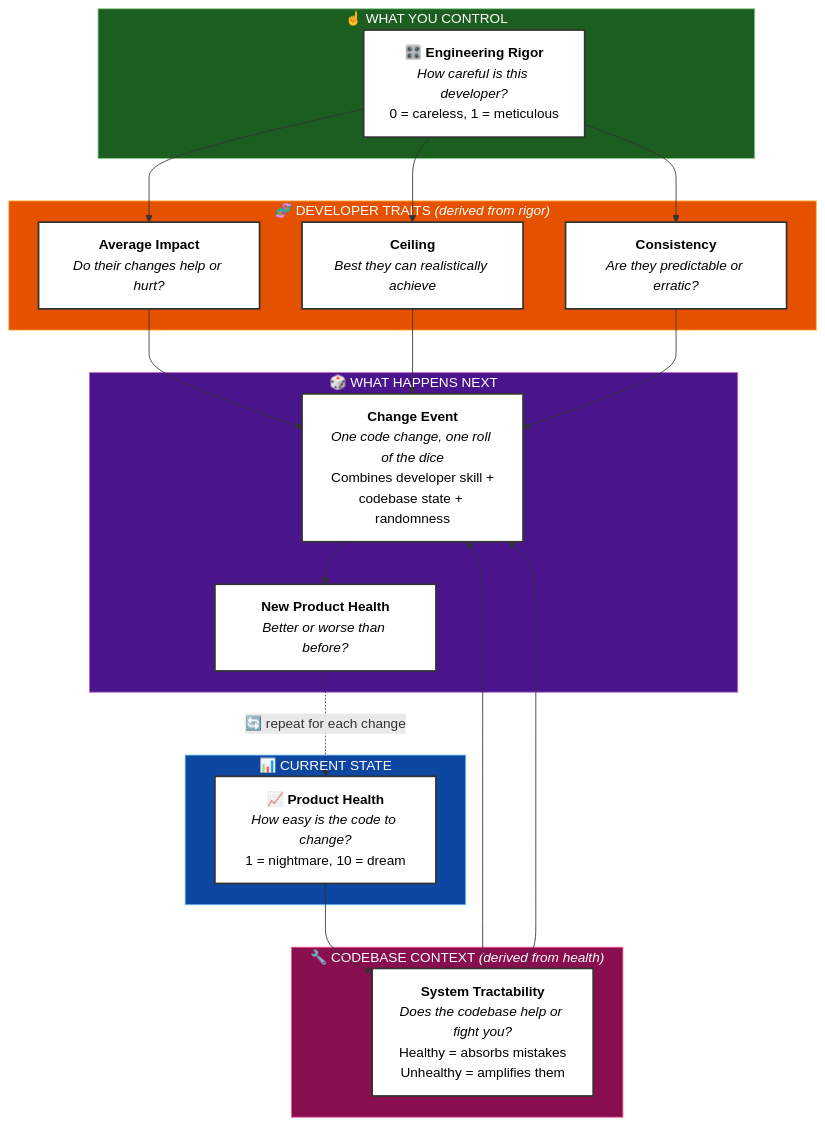
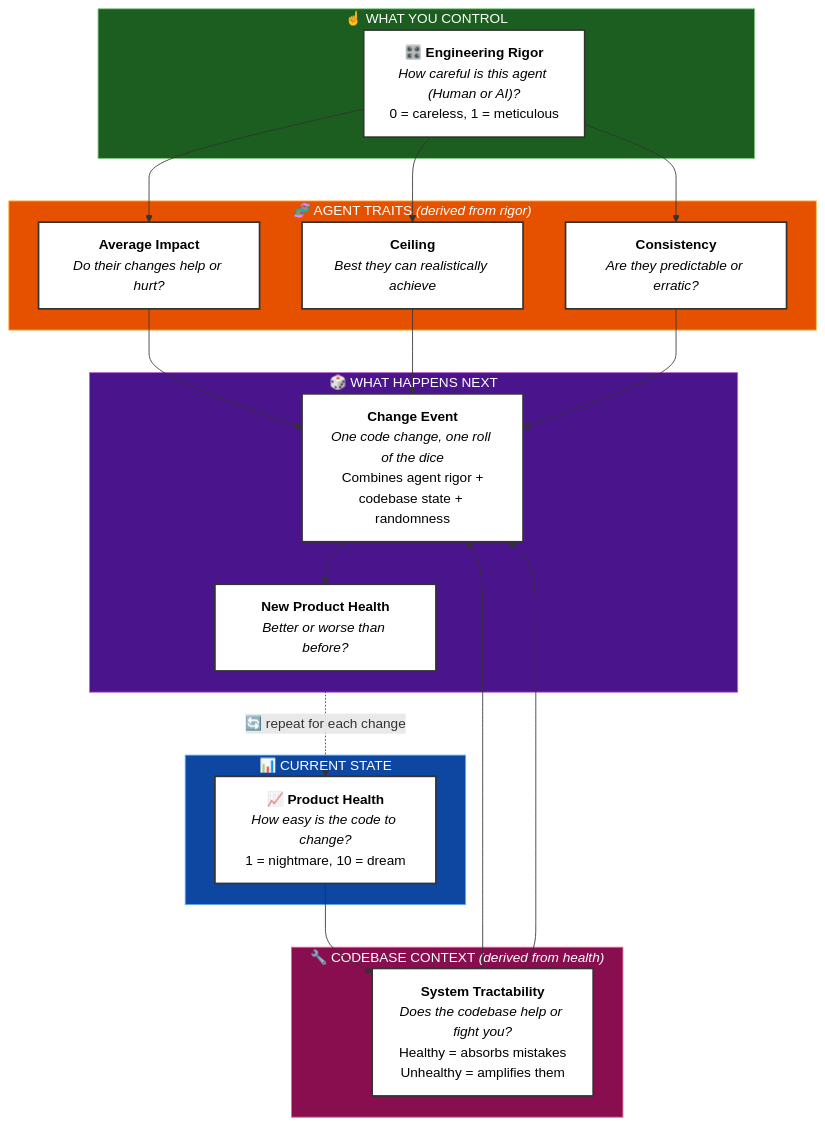
Before and after one commit to dawid-dahl-umain/product-health-dynamics: the diagram in README.md, drawn with Mermaid.

Commit message:
docs: update README to clarify terminology, changing "developer" to "agent" for consistency in describing human and AI roles

````diff
--- a/README.md
+++ b/README.md
@@ -64,43 +64,43 @@
 ```mermaid
 flowchart TD
     subgraph inputs [" ☝️ WHAT YOU CONTROL"]
-        ER["🎛️ <b>Engineering Rigor</b><br/><i>How careful is this developer?</i><br/>0 = careless, 1 = meticulous"]
+        ER["🎛️ <b>Engineering Rigor</b><br/><i>How careful is this agent (Human or AI)?</i><br/>0 = careless, 1 = meticulous"]
     end
 
     subgraph state [" 📊 CURRENT STATE"]
         PH["📈 <b>Product Health</b><br/><i>How easy is the code to change?</i><br/>1 = nightmare, 10 = dream"]
     end
 
-    subgraph traits [" 🧬 DEVELOPER TRAITS <i>(derived from rigor)</i>"]
+    subgraph traits [" 🧬 AGENT TRAITS <i>(derived from rigor)</i>"]
         BI["<b>Average Impact</b><br/><i>Do their changes help or hurt?</i>"]
         BS["<b>Consistency</b><br/><i>Are they predictable or erratic?</i>"]
         MH["<b>Ceiling</b><br/><i>Best they can realistically achieve</i>"]
     end
 
     subgraph context [" 🔧 CODEBASE CONTEXT <i>(derived from health)</i>"]
         SS["<b>System Tractability</b><br/><i>Does the codebase help or fight you?</i><br/>Healthy = absorbs mistakes<br/>Unhealthy = amplifies them"]
     end
 
     subgraph outcome [" 🎲 WHAT HAPPENS NEXT"]
-        CE["<b>Change Event</b><br/><i>One code change, one roll of the dice</i><br/>Combines developer skill +<br/>codebase state + randomness"]
+        CE["<b>Change Event</b><br/><i>One code change, one roll of the dice</i><br/>Combines agent rigor +<br/>codebase state + randomness"]
         NPH["<b>New Product Health</b><br/><i>Better or worse than before?</i>"]
     end
 
     ER --> BI & BS & MH
     PH --> SS
     BI & SS & MH --> CE
     BS & SS --> CE
     CE --> NPH
     NPH -.->|"🔄 repeat for each change"| PH
 
     %% Darker backgrounds for better contrast with white text
     style inputs fill:#1b5e20,stroke:#81c784,color:#fff
     style state fill:#0d47a1,stroke:#64b5f6,color:#fff
     style traits fill:#e65100,stroke:#ffb74d,color:#fff
     style context fill:#880e4f,stroke:#f06292,color:#fff
     style outcome fill:#4a148c,stroke:#ba68c8,color:#fff
 
     %% Explicitly style nodes for clarity
     classDef nodeStyle fill:#fff,stroke:#333,color:#000,stroke-width:2px
     class ER,PH,BI,BS,MH,SS,CE,NPH nodeStyle
 ```
````
